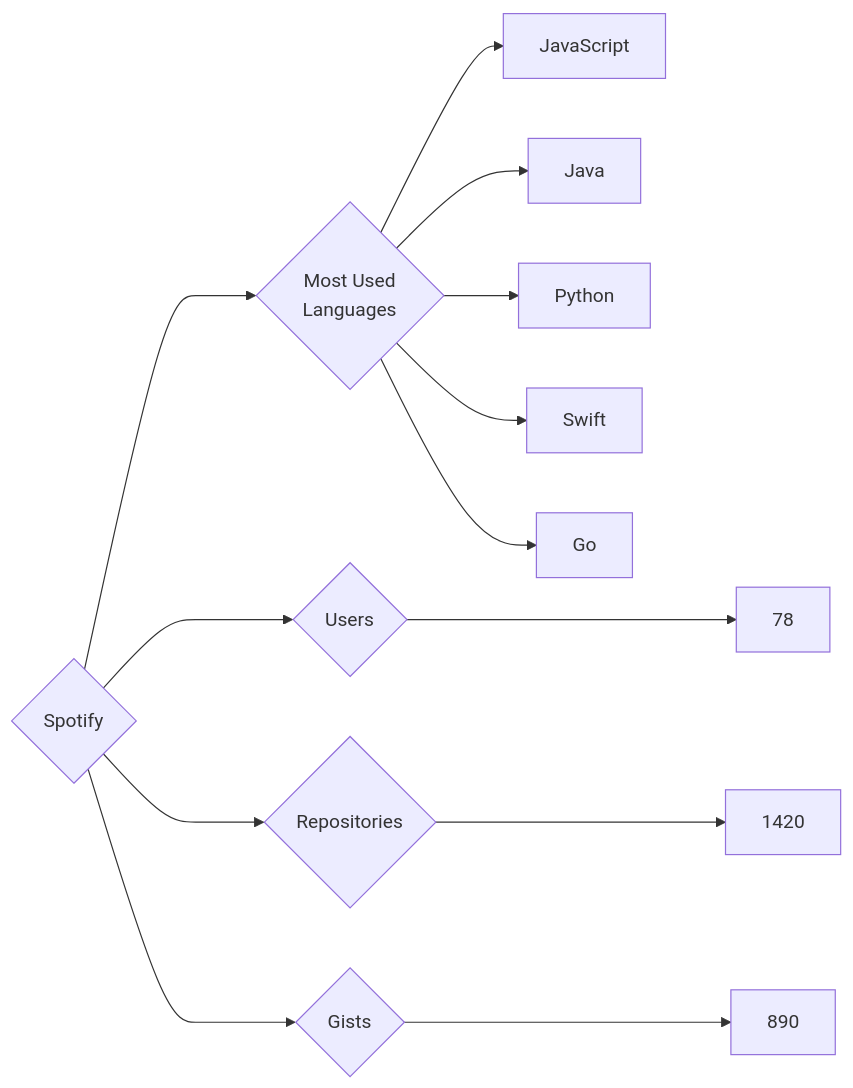
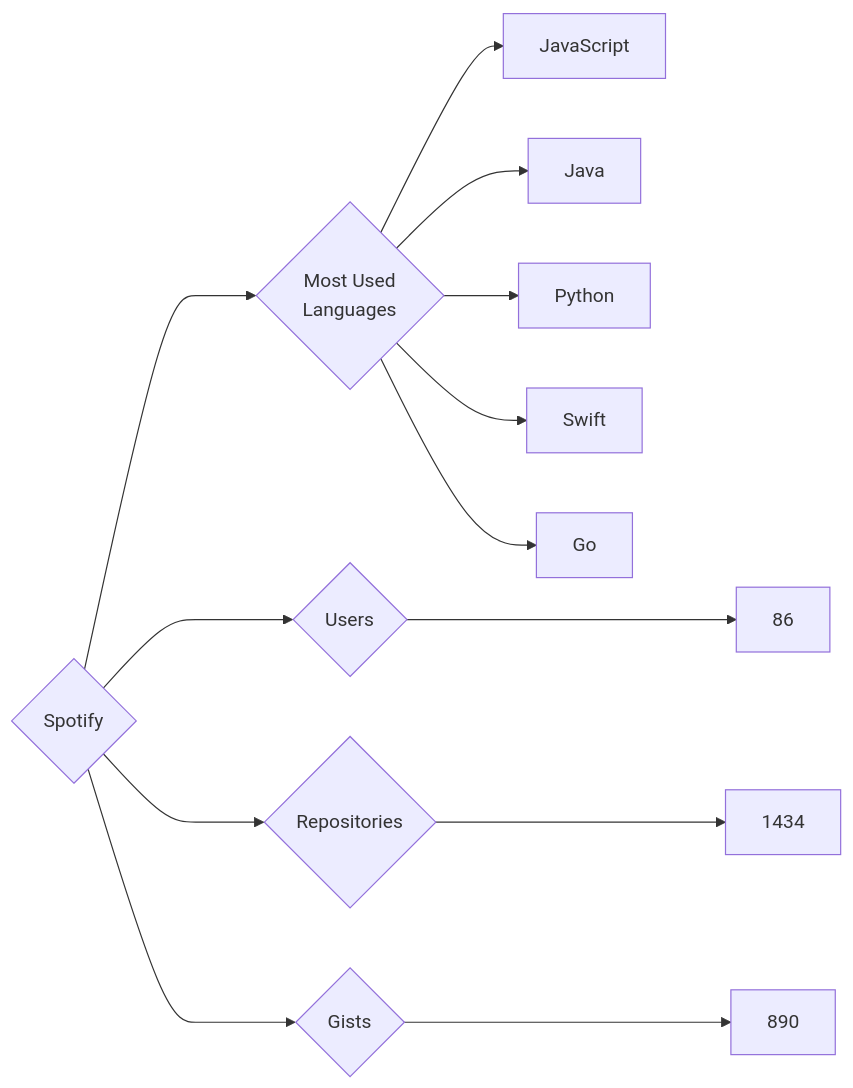
Before and after one commit to trickest/insiders: the diagram in targets/Spotify/README.md, drawn with Mermaid. The commit also changed 969 other files, not shown here.

````diff
--- a/targets/Spotify/README.md
+++ b/targets/Spotify/README.md
@@ -3,13 +3,13 @@
 ```mermaid
 graph LR
 COMPANY_NAME{Spotify}
-COMPANY_NAME ---> U{Users} ---> UN[78]
-COMPANY_NAME ---> R{Repositories} ---> RN[1420]
+COMPANY_NAME ---> U{Users} ---> UN[86]
+COMPANY_NAME ---> R{Repositories} ---> RN[1434]
 COMPANY_NAME ---> G{Gists} ---> GN[890]
 COMPANY_NAME ---> ML{Most Used<br>Languages}
 ML --> JavaScript[JavaScript]
 ML --> Java[Java]
 ML --> Python[Python]
 ML --> Swift[Swift]
 ML --> Go[Go]
 ```
````
